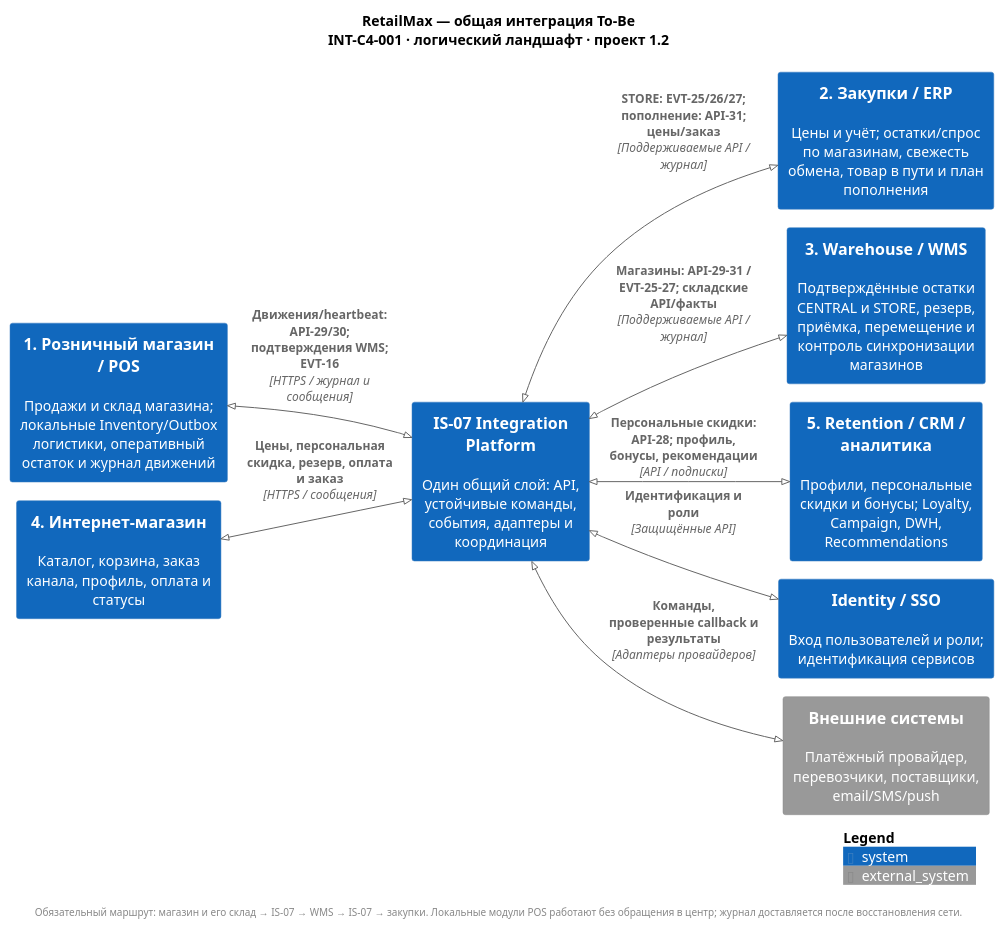
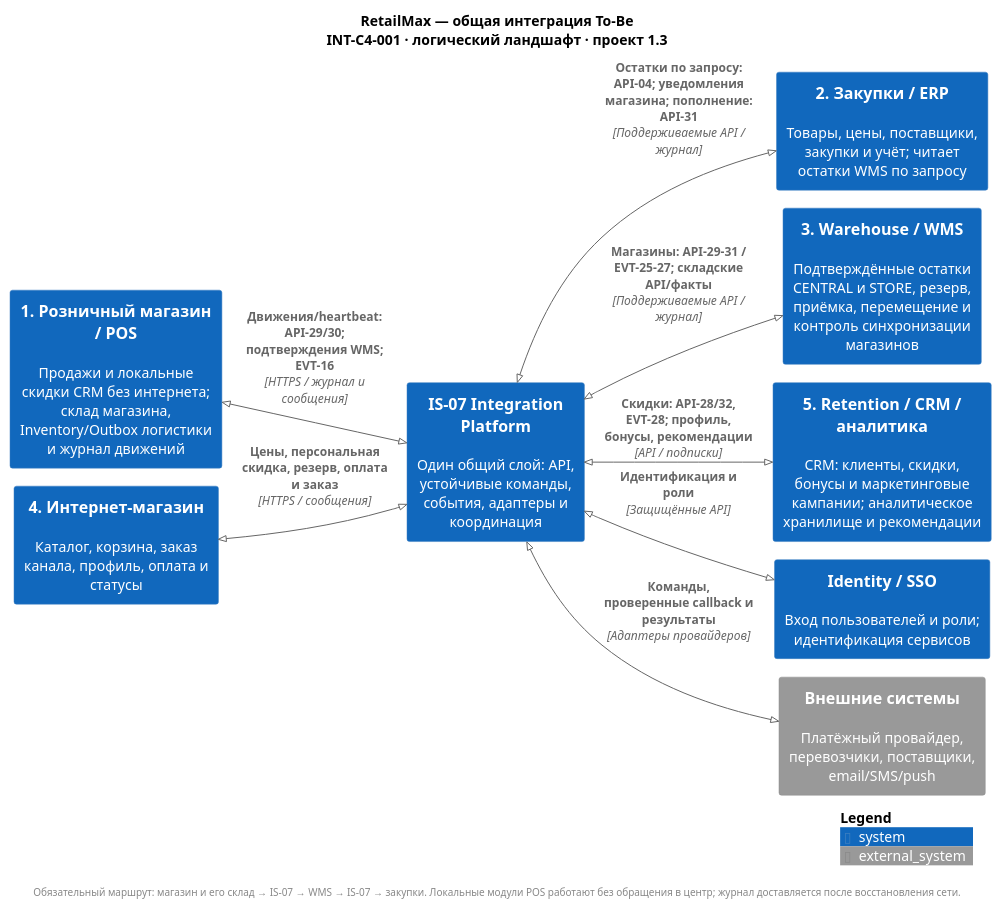
Before and after one commit to rsingatulin/hse_architecture: the diagram in 06_integration_architecture/diagrams/INT-C4-001-landscape.puml, drawn with PlantUML. The commit also changed 28 other files, not shown here.

Commit message:
Уточнить владение данными и персональные скидки POS без интернета

```diff
--- a/06_integration_architecture/diagrams/INT-C4-001-landscape.puml
+++ b/06_integration_architecture/diagrams/INT-C4-001-landscape.puml
@@ -1,25 +1,25 @@
 @startuml INT-C4-001-landscape
 !pragma layout smetana
 !include <C4/C4_Context>
 LAYOUT_LEFT_RIGHT()
 skinparam defaultFontName Arial
 skinparam backgroundColor white
-title RetailMax — общая интеграция To-Be\nINT-C4-001 · логический ландшафт · проект 1.2
-System(pos, "1. Розничный магазин / POS", "Продажи и склад магазина; локальные Inventory/Outbox логистики, оперативный остаток и журнал движений")
+title RetailMax — общая интеграция To-Be\nINT-C4-001 · логический ландшафт · проект 1.3
+System(pos, "1. Розничный магазин / POS", "Продажи и локальные скидки CRM без интернета; склад магазина, Inventory/Outbox логистики и журнал движений")
 System(shop, "4. Интернет-магазин", "Каталог, корзина, заказ канала, профиль, оплата и статусы")
 System(ip, "IS-07 Integration Platform", "Один общий слой: API, устойчивые команды, события, адаптеры и координация")
-System(erp, "2. Закупки / ERP", "Цены и учёт; остатки/спрос по магазинам, свежесть обмена, товар в пути и план пополнения")
+System(erp, "2. Закупки / ERP", "Товары, цены, поставщики, закупки и учёт; читает остатки WMS по запросу")
 System(wms, "3. Warehouse / WMS", "Подтверждённые остатки CENTRAL и STORE, резерв, приёмка, перемещение и контроль синхронизации магазинов")
-System(ret, "5. Retention / CRM / аналитика", "Профили, персональные скидки и бонусы; Loyalty, Campaign, DWH, Recommendations")
+System(ret, "5. Retention / CRM / аналитика", "CRM: клиенты, скидки, бонусы и маркетинговые кампании; аналитическое хранилище и рекомендации")
 System(shared, "Identity / SSO", "Вход пользователей и роли; идентификация сервисов")
 System_Ext(ext, "Внешние системы", "Платёжный провайдер, перевозчики, поставщики, email/SMS/push")
 BiRel(pos, ip, "Движения/heartbeat: API-29/30; подтверждения WMS; EVT-16", "HTTPS / журнал и сообщения")
 BiRel(shop, ip, "Цены, персональная скидка, резерв, оплата и заказ", "HTTPS / сообщения")
-BiRel(ip, erp, "STORE: EVT-25/26/27; пополнение: API-31; цены/заказ", "Поддерживаемые API / журнал")
+BiRel(ip, erp, "Остатки по запросу: API-04; уведомления магазина; пополнение: API-31", "Поддерживаемые API / журнал")
 BiRel(ip, wms, "Магазины: API-29–31 / EVT-25–27; складские API/факты", "Поддерживаемые API / журнал")
-BiRel(ip, ret, "Персональные скидки: API-28; профиль, бонусы, рекомендации", "API / подписки")
+BiRel(ip, ret, "Скидки: API-28/32, EVT-28; профиль, бонусы, рекомендации", "API / подписки")
 BiRel(ip, shared, "Идентификация и роли", "Защищённые API")
 BiRel(ip, ext, "Команды, проверенные callback и результаты", "Адаптеры провайдеров")
 SHOW_LEGEND()
 footer Обязательный маршрут: магазин и его склад → IS-07 → WMS → IS-07 → закупки. Локальные модули POS работают без обращения в центр; журнал доставляется после восстановления сети.
 @enduml
```
